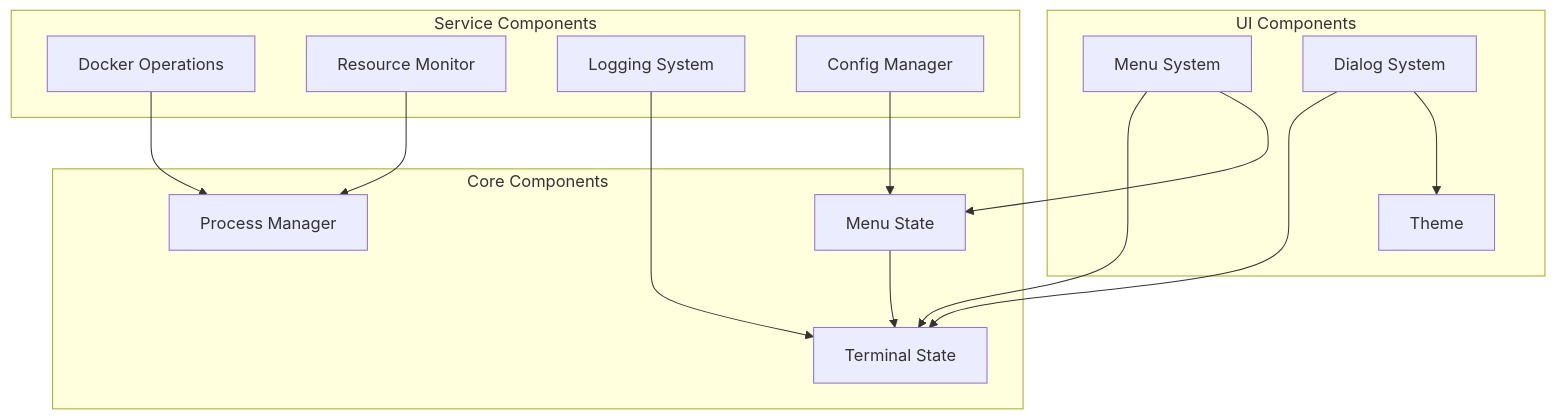
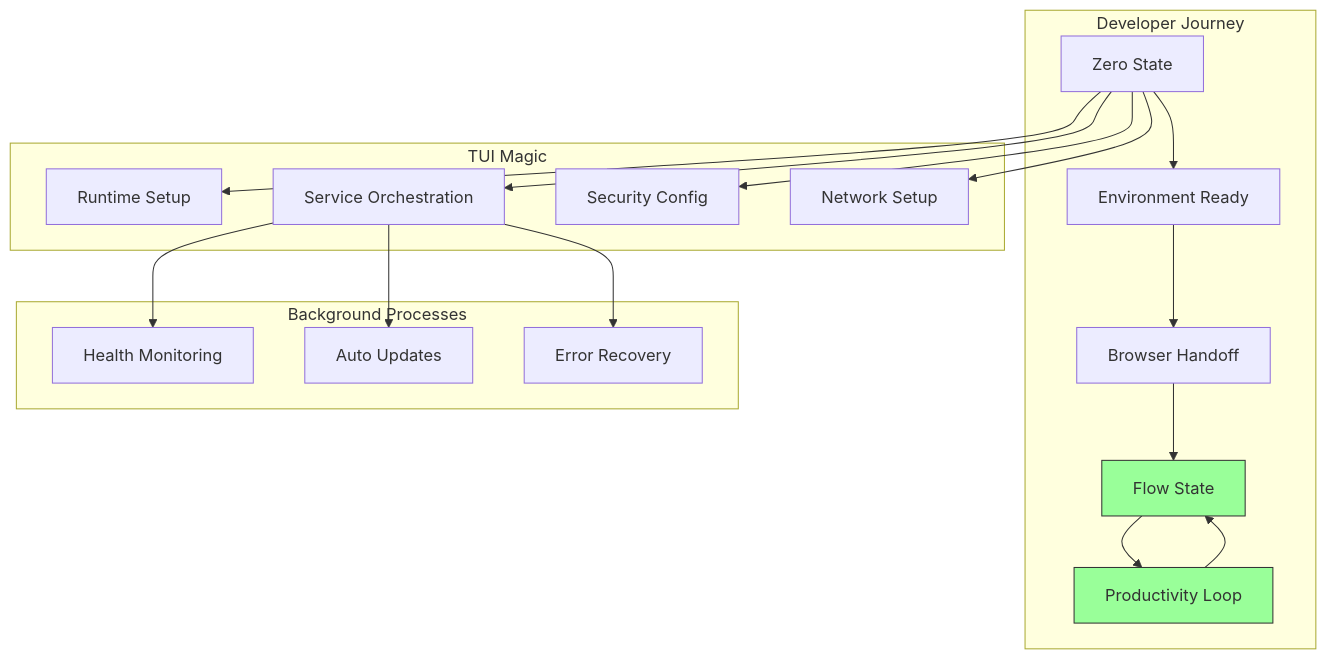
The first of 8 diagrams in docs/architecture.md (elleshadow/dev-ops-tui), drawn with Mermaid before and after one commit. The commit also changed other lines of this file and 29 other files, not shown here.

````diff
--- a/docs/architecture.md
+++ b/docs/architecture.md
@@ -9,31 +7,35 @@
 ```mermaid
-flowchart TD
-    subgraph Core ["Core Components"]
-        TS[Terminal State]
-        PM[Process Manager]
-        MS[Menu State]
+graph TD
+    subgraph "Developer Journey"
+        A[Zero State] --> B[Environment Ready]
+        B --> C[Browser Handoff]
+        C --> D[Flow State]
+        D --> E[Productivity Loop]
+        E --> D
     end
-
-    subgraph UI ["UI Components"]
-        TH[Theme]
-        MM[Menu System]
-        DG[Dialog System]
+    
+    subgraph "TUI Magic"
+        F[Runtime Setup]
+        G[Service Orchestration]
+        H[Security Config]
+        I[Network Setup]
     end
-
-    subgraph Services ["Service Components"]
-        DO[Docker Operations]
-        RM[Resource Monitor]
-        LG[Logging System]
-        CF[Config Manager]
+    
+    subgraph "Background Processes"
+        J[Health Monitoring]
+        K[Auto Updates]
+        L[Error Recovery]
     end
-
-    MM --> MS
-    MM --> TS
-    DG --> TH
-    DG --> TS
-    DO --> PM
-    RM --> PM
-    LG --> TS
-    CF --> MS
-    MS --> TS
+    
+    A --> F
+    A --> G
+    A --> H
+    A --> I
+    
+    G --> J
+    G --> K
+    G --> L
+    
+    style D fill:#9f9,stroke:#333
+    style E fill:#9f9,stroke:#333
 ```
````
